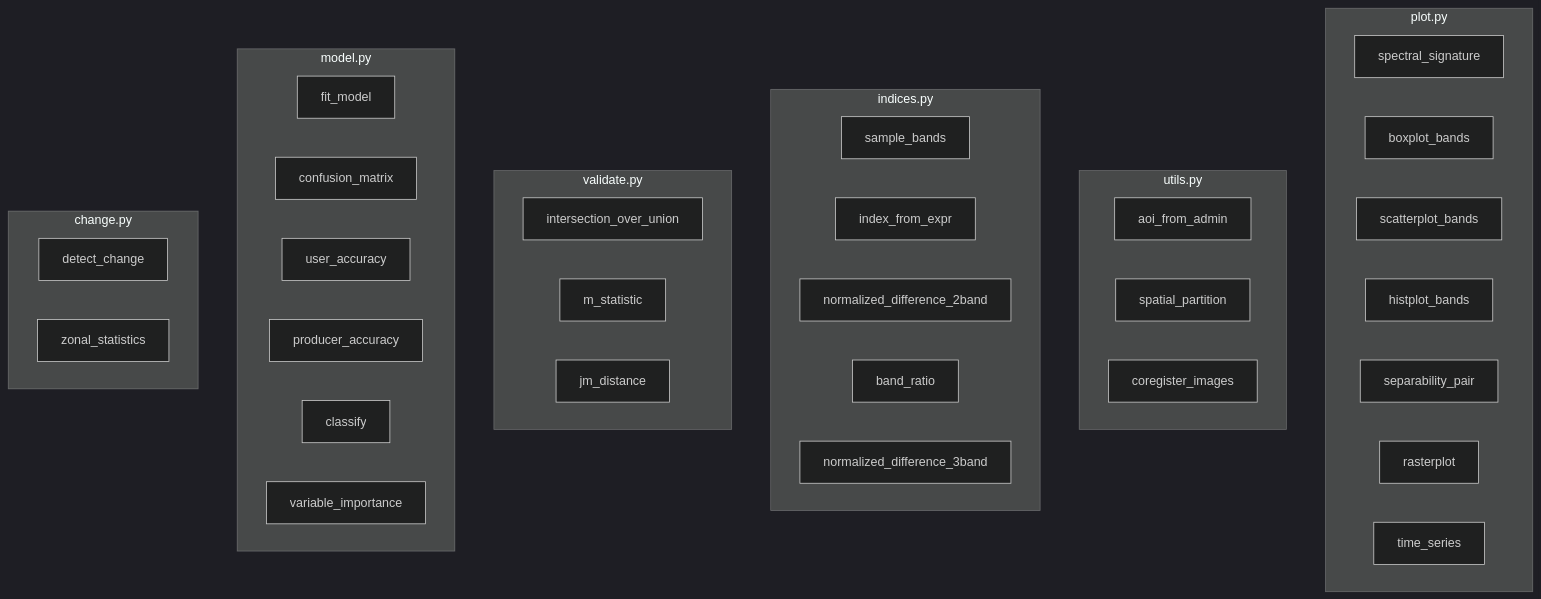
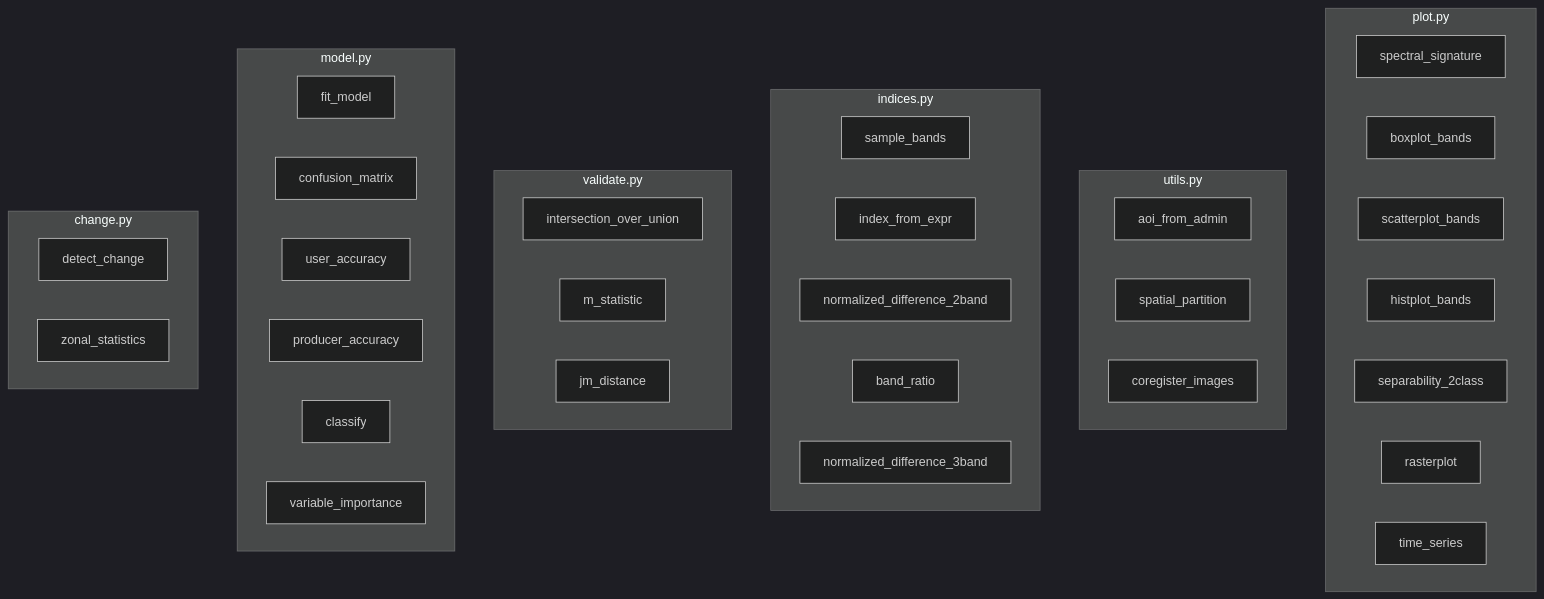
One commit to jeromemaiquez/gms-ir-mangrove-seagrass-surigao changed the diagram in implementation.md. Above: the diagram before and after it, drawn with Mermaid (dark theme). The commit also changed 1 other file, not shown here.

Commit message:
Added separability_2class() plot function

````diff
--- a/implementation.md
+++ b/implementation.md
@@ -1,41 +1,41 @@
 ```mermaid
 graph TD;
     subgraph plot.py
         P1[spectral_signature];
         P2[boxplot_bands];
         P3[scatterplot_bands];
         P4[histplot_bands];
-        P5[separability_pair];
+        P5[separability_2class];
         P6[rasterplot];
         P7[time_series];
     end
     subgraph utils.py
         U1[aoi_from_admin];
         U2[spatial_partition];
         U3[coregister_images];
     end
     subgraph indices.py
         I1[sample_bands];
         I2[index_from_expr];
         I3[normalized_difference_2band];
         I4[band_ratio];
         I5[normalized_difference_3band];
     end
     subgraph validate.py
         V1[intersection_over_union];
         V2[m_statistic];
         V3[jm_distance];
     end
     subgraph model.py
         M1[fit_model];
         M2[confusion_matrix];
         M3[user_accuracy];
         M4[producer_accuracy];
         M5[classify];
         M6[variable_importance];
     end
     subgraph change.py
         C1[detect_change];
         C2[zonal_statistics];
     end
 ```
````
